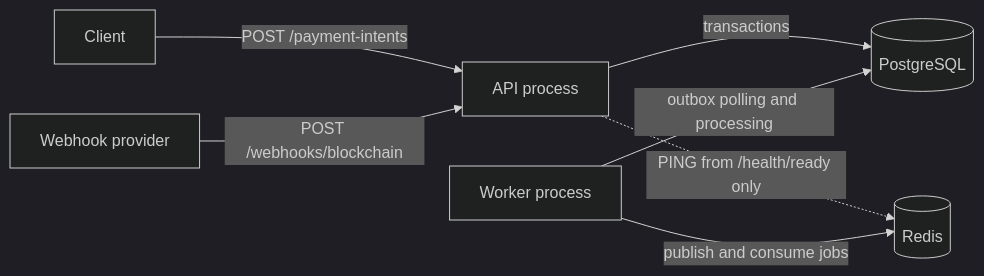
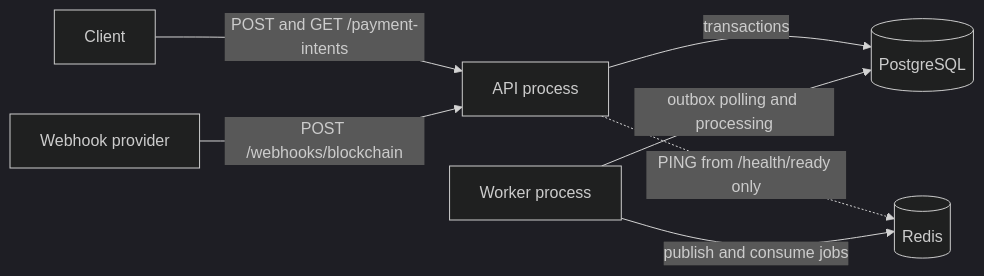
One commit to AsyncAssassin/transaction-event-gateway changed the first of 5 diagrams in docs/architecture.md. Above: the diagram before and after it, drawn with Mermaid (dark theme). The commit also changed other lines of this file and 13 other files, not shown here.

First line of the commit message:
Add GET /payment-intents/:id and one representation for payment intents

````diff
--- a/docs/architecture.md
+++ b/docs/architecture.md
@@ -16,9 +16,9 @@
 ```mermaid
 flowchart LR
-    client[Client] -->|POST /payment-intents| api[API process]
+    client[Client] -->|POST and GET /payment-intents| api[API process]
     provider[Webhook provider] -->|POST /webhooks/blockchain| api
     api -->|transactions| pg[(PostgreSQL)]
     api -.->|PING from /health/ready only| redis[(Redis)]
     worker[Worker process] -->|outbox polling and processing| pg
     worker -->|publish and consume jobs| redis
 ```
````
